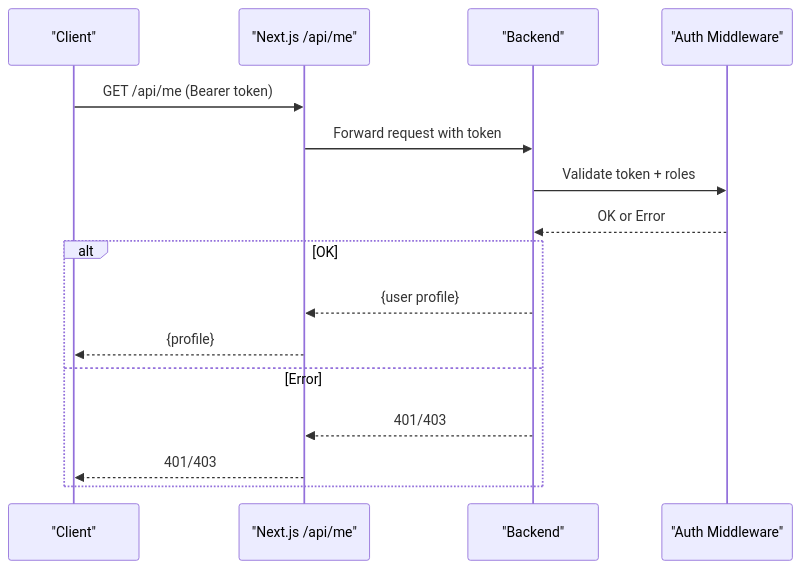
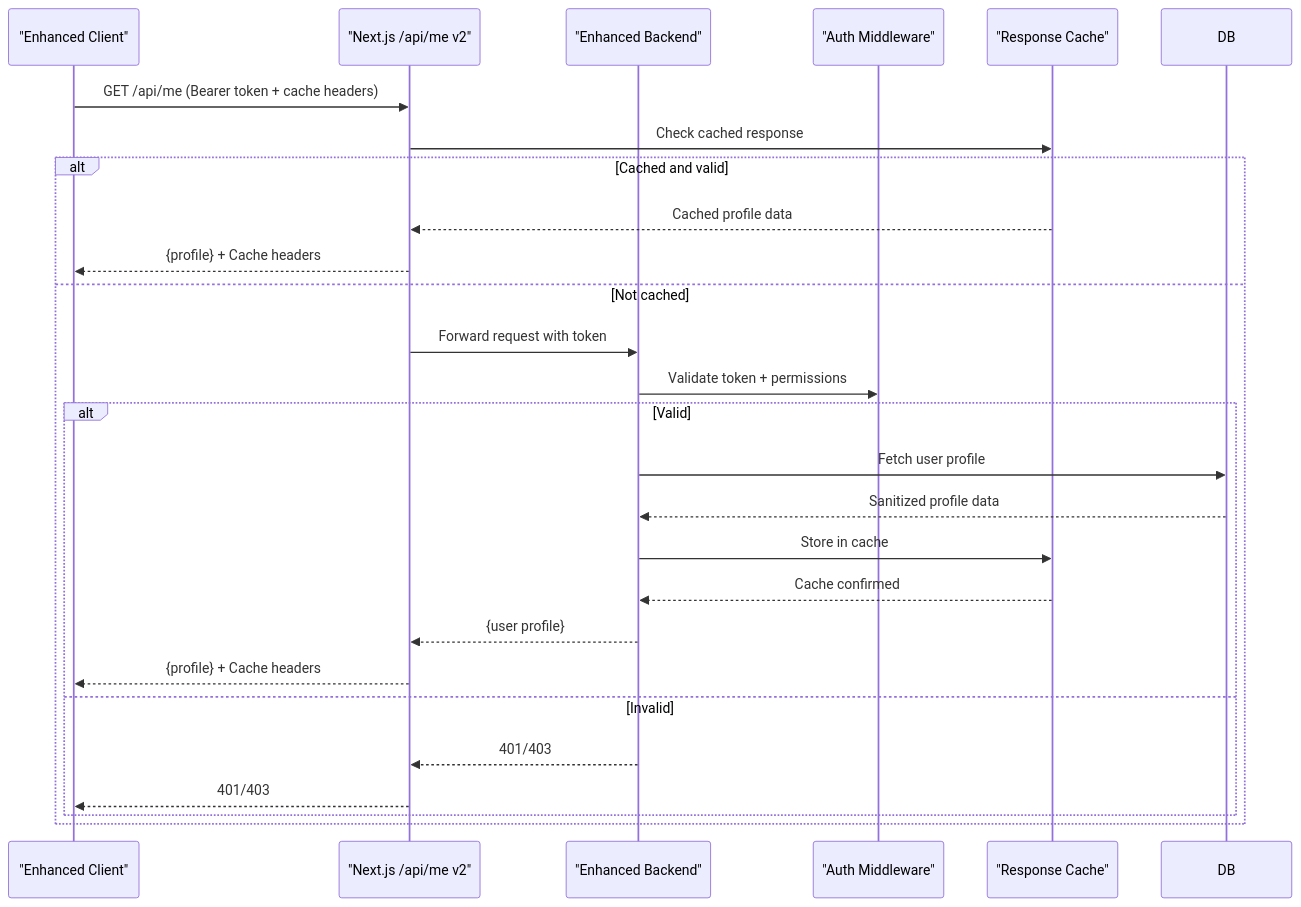
The seventh of 9 diagrams in .qoder/repowiki/en/content/Backend Architecture/Authentication & Authorization.md (HassanAmeer/cheaprouter), drawn with Mermaid before and after one commit. The commit also changed other lines of this file and 54 other files, not shown here.

````diff
--- a/.qoder/repowiki/en/content/Backend Architecture/Authentication & Authorization.md
+++ b/.qoder/repowiki/en/content/Backend Architecture/Authentication & Authorization.md
@@ -289,18 +464,28 @@
 ```mermaid
 sequenceDiagram
-participant Client as "Client"
-participant FE as "Next.js /api/me"
-participant BE as "Backend"
+participant Client as "Enhanced Client"
+participant FE as "Next.js /api/me v2"
+participant BE as "Enhanced Backend"
 participant Auth as "Auth Middleware"
-Client->>FE : GET /api/me (Bearer token)
+participant Cache as "Response Cache"
+Client->>FE : GET /api/me (Bearer token + cache headers)
+FE->>Cache : Check cached response
+alt Cached and valid
+Cache-->>FE : Cached profile data
+FE-->>Client : {profile} + Cache headers
+else Not cached
 FE->>BE : Forward request with token
-BE->>Auth : Validate token + roles
-Auth-->>BE : OK or Error
-alt OK
+BE->>Auth : Validate token + permissions
+alt Valid
+BE->>DB : Fetch user profile
+DB-->>BE : Sanitized profile data
+BE->>Cache : Store in cache
+Cache-->>BE : Cache confirmed
 BE-->>FE : {user profile}
-FE-->>Client : {profile}
-else Error
+FE-->>Client : {profile} + Cache headers
+else Invalid
 BE-->>FE : 401/403
 FE-->>Client : 401/403
 end
+end
 ```
````
